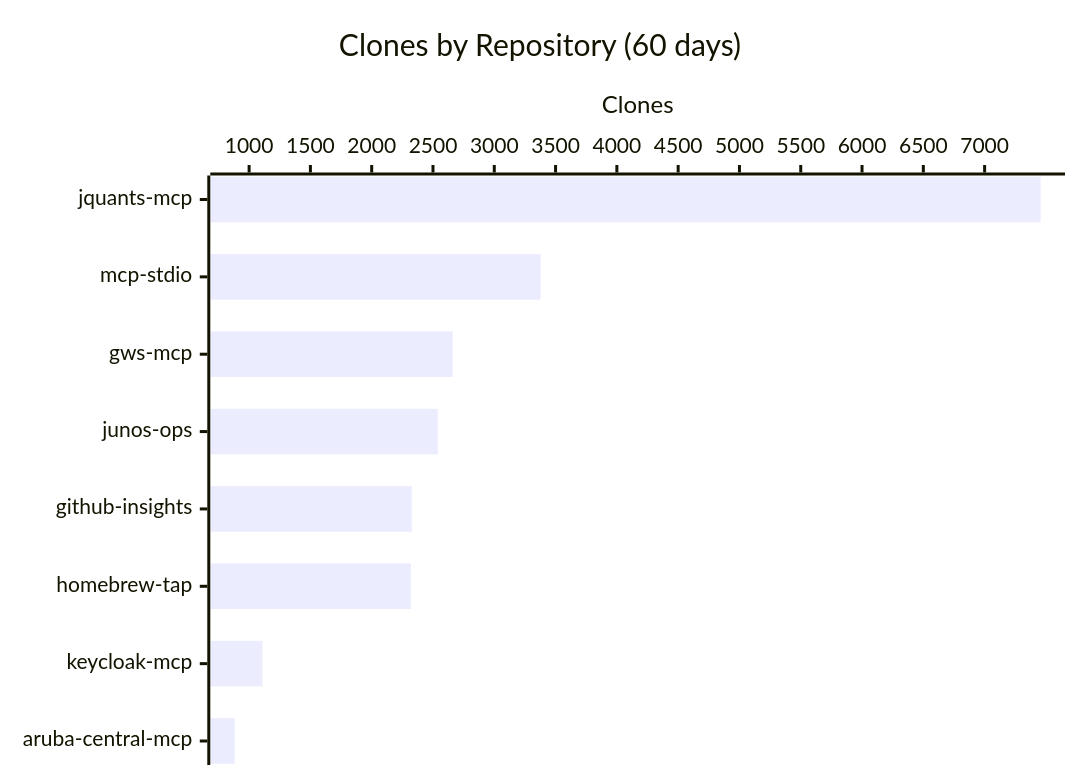
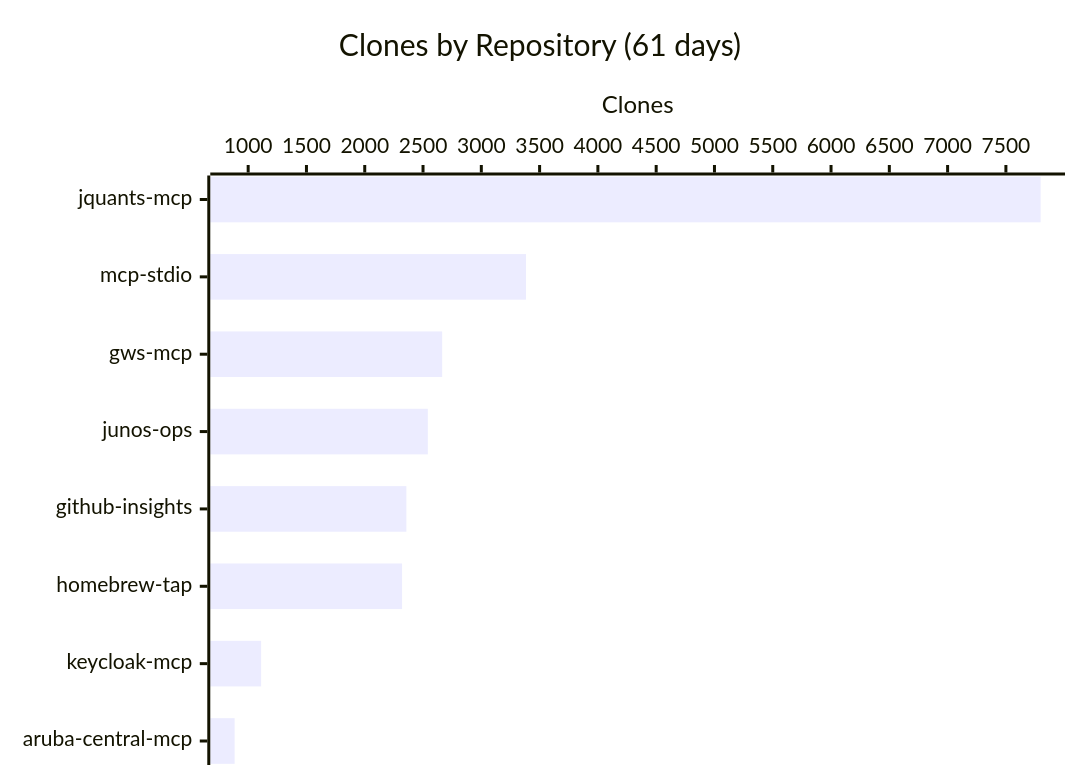
The third of 3 diagrams in README.md (shigechika/github-insights), drawn with Mermaid before and after one commit. The commit also changed other lines of this file and 2 other files, not shown here.

````diff
--- a/README.md
+++ b/README.md
@@ -38,7 +38,7 @@
 ```mermaid
 xychart-beta horizontal
-    title "Clones by Repository (60 days)"
+    title "Clones by Repository (61 days)"
     x-axis ["jquants-mcp", "mcp-stdio", "gws-mcp", "junos-ops", "github-insights", "homebrew-tap", "keycloak-mcp", "aruba-central-mcp"]
     y-axis "Clones"
-    bar [7457, 3379, 2661, 2539, 2327, 2320, 1109, 882]
+    bar [7798, 3383, 2664, 2541, 2357, 2320, 1111, 884]
 ```
````
